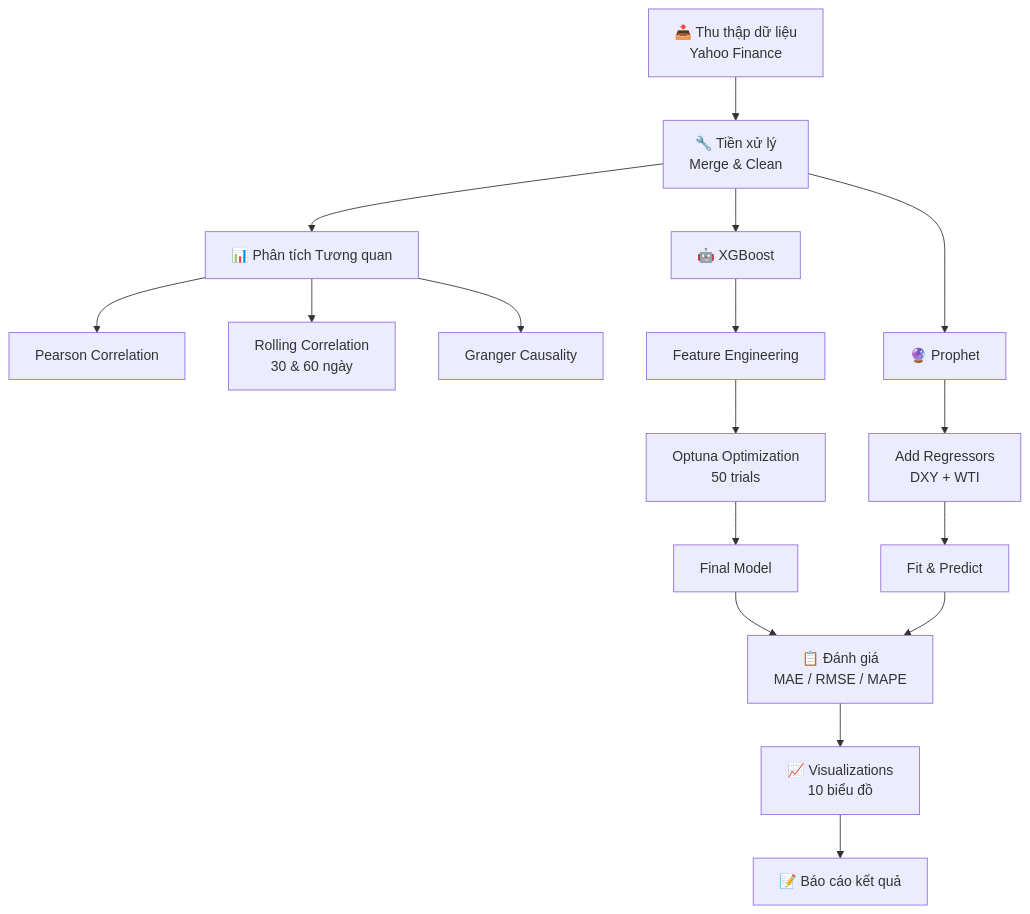
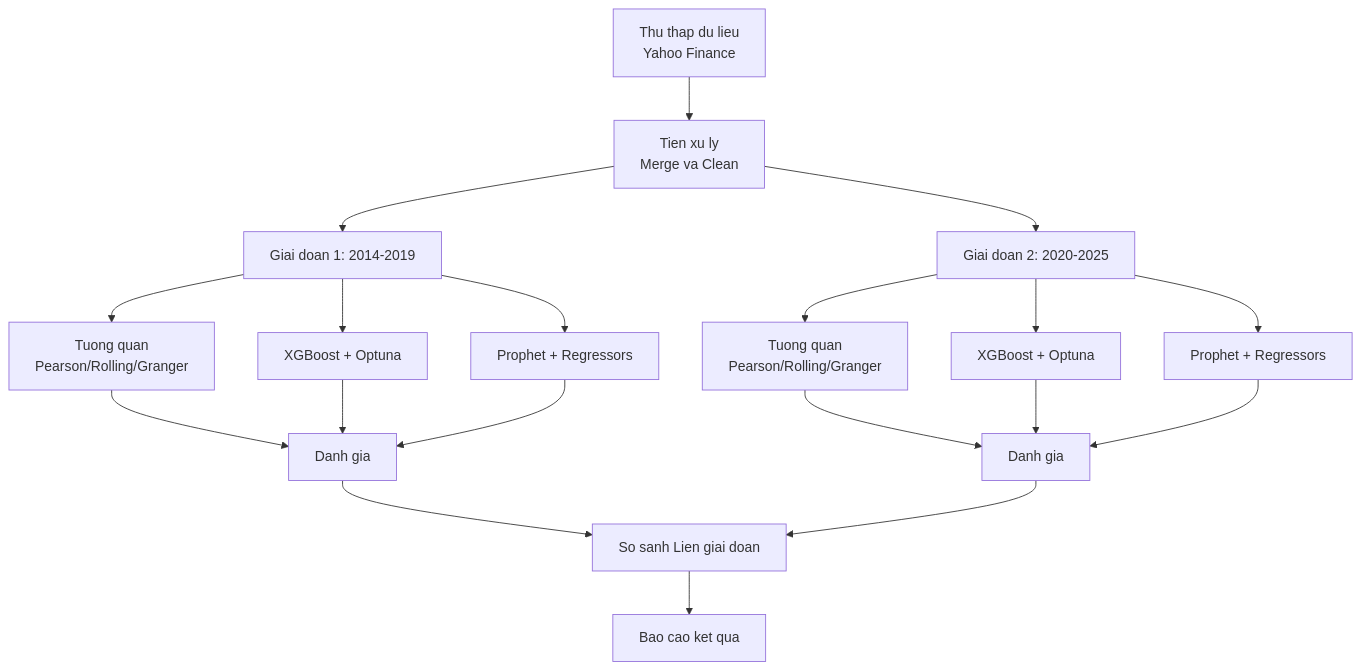
The diagram in README.md (Namvt4/mylove), drawn with Mermaid before and after one commit. The commit also changed other lines of this file and 29 other files, not shown here.

````diff
--- a/README.md
+++ b/README.md
@@ -221,19 +239,24 @@
 ```mermaid
 graph TD
-    A[📥 Thu thập dữ liệu<br>Yahoo Finance] --> B[🔧 Tiền xử lý<br>Merge & Clean]
-    B --> C[📊 Phân tích Tương quan]
-    C --> C1[Pearson Correlation]
-    C --> C2[Rolling Correlation<br>30 & 60 ngày]
-    C --> C3[Granger Causality]
-    B --> D[🤖 XGBoost]
-    B --> E[🔮 Prophet]
-    D --> D1[Feature Engineering]
-    D1 --> D2[Optuna Optimization<br>50 trials]
-    D2 --> D3[Final Model]
-    E --> E1[Add Regressors<br>DXY + WTI]
-    E1 --> E2[Fit & Predict]
-    D3 --> F[📋 Đánh giá<br>MAE / RMSE / MAPE]
-    E2 --> F
-    F --> G[📈 Visualizations<br>10 biểu đồ]
-    G --> H[📝 Báo cáo kết quả]
+    A[Thu thap du lieu<br>Yahoo Finance] --> B[Tien xu ly<br>Merge va Clean]
+    B --> P1[Giai doan 1: 2014-2019]
+    B --> P2[Giai doan 2: 2020-2025]
+
+    P1 --> C1[Tuong quan<br>Pearson/Rolling/Granger]
+    P1 --> D1[XGBoost + Optuna]
+    P1 --> E1[Prophet + Regressors]
+    C1 --> F1[Danh gia]
+    D1 --> F1
+    E1 --> F1
+
+    P2 --> C2[Tuong quan<br>Pearson/Rolling/Granger]
+    P2 --> D2[XGBoost + Optuna]
+    P2 --> E2[Prophet + Regressors]
+    C2 --> F2[Danh gia]
+    D2 --> F2
+    E2 --> F2
+
+    F1 --> G[So sanh Lien giai doan]
+    F2 --> G
+    G --> H[Bao cao ket qua]
 ```
````
